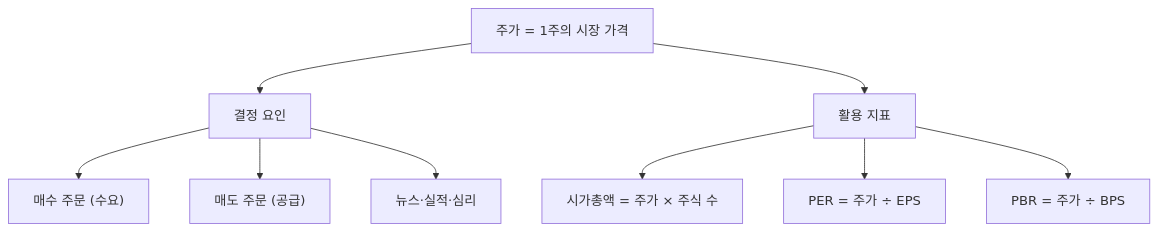
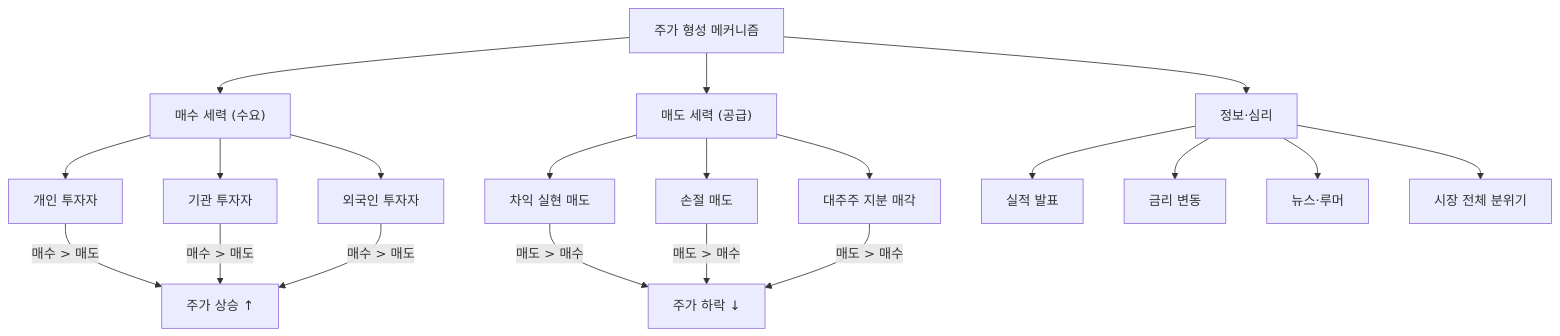
The diagram in content/stock-terms/ko/level-01-basic/stock-price.md (yeongseon/stock-visual-note), drawn with Mermaid before and after one commit. The commit also changed other lines of this file, not shown here.

````diff
--- a/content/stock-terms/ko/level-01-basic/stock-price.md
+++ b/content/stock-terms/ko/level-01-basic/stock-price.md
@@ -52,11 +67,24 @@
 ```mermaid
 graph TD
-    A["주가 = 1주의 시장 가격"] --> B["결정 요인"]
-    A --> C["활용 지표"]
-    B --> B1["매수 주문 (수요)"]
-    B --> B2["매도 주문 (공급)"]
-    B --> B3["뉴스·실적·심리"]
-    C --> C1["시가총액 = 주가 × 주식 수"]
-    C --> C2["PER = 주가 ÷ EPS"]
-    C --> C3["PBR = 주가 ÷ BPS"]
+    A["주가 형성 메커니즘"]
+    
+    A --> B["매수 세력 (수요)"]
+    A --> C["매도 세력 (공급)"]
+    A --> D["정보·심리"]
+    
+    B --> B1["개인 투자자"]
+    B --> B2["기관 투자자"]
+    B --> B3["외국인 투자자"]
+    
+    C --> C1["차익 실현 매도"]
+    C --> C2["손절 매도"]
+    C --> C3["대주주 지분 매각"]
+    
+    D --> D1["실적 발표"]
+    D --> D2["금리 변동"]
+    D --> D3["뉴스·루머"]
+    D --> D4["시장 전체 분위기"]
+    
+    B1 & B2 & B3 -->|"매수 > 매도"| E["주가 상승 ↑"]
+    C1 & C2 & C3 -->|"매도 > 매수"| F["주가 하락 ↓"]
 ```
````
